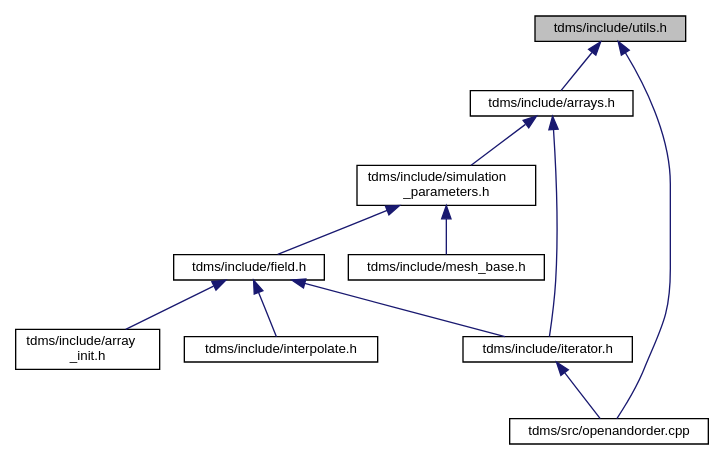
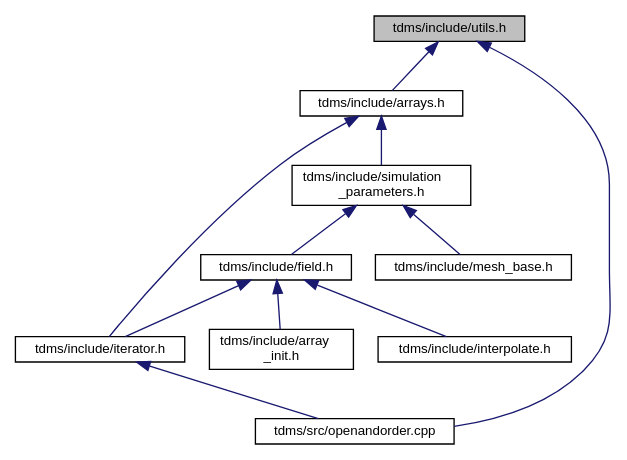
The diagram in utils_8h__dep__incl.dot (UCL/TDMS), drawn with Graphviz before and after one commit. The commit also changed 324 other files, not shown here.

```diff
--- a/utils_8h__dep__incl.dot
+++ b/utils_8h__dep__incl.dot
@@ -1,25 +1,25 @@
 digraph "tdms/include/utils.h"
 {
  // LATEX_PDF_SIZE
   edge [fontname="Helvetica",fontsize="10",labelfontname="Helvetica",labelfontsize="10"];
   node [fontname="Helvetica",fontsize="10",shape=record];
   Node1 [label="tdms/include/utils.h",height=0.2,width=0.4,color="black", fillcolor="grey75", style="filled", fontcolor="black",tooltip="Useful miscellaneous utility functions."];
   Node1 -> Node2 [dir="back",color="midnightblue",fontsize="10",style="solid",fontname="Helvetica"];
   Node2 [label="tdms/include/arrays.h",height=0.2,width=0.4,color="black", fillcolor="white", style="filled",URL="$arrays_8h.html",tooltip="Classes describing arrays, vertices etc."];
   Node2 -> Node3 [dir="back",color="midnightblue",fontsize="10",style="solid",fontname="Helvetica"];
-  Node3 [label="tdms/include/simulation\l_parameters.h",height=0.2,width=0.4,color="black", fillcolor="white", style="filled",URL="$simulation__parameters_8h.html",tooltip="Classes collecting parameters for the simulation."];
+  Node3 [label="tdms/include/iterator.h",height=0.2,width=0.4,color="black", fillcolor="white", style="filled",URL="$iterator_8h.html",tooltip="The main time propogation algorithm."];
   Node3 -> Node4 [dir="back",color="midnightblue",fontsize="10",style="solid",fontname="Helvetica"];
-  Node4 [label="tdms/include/field.h",height=0.2,width=0.4,color="black", fillcolor="white", style="filled",URL="$field_8h.html",tooltip="Classes for the electric and magnetic (split) fields on a grid."];
-  Node4 -> Node5 [dir="back",color="midnightblue",fontsize="10",style="solid",fontname="Helvetica"];
-  Node5 [label="tdms/include/array\l_init.h",height=0.2,width=0.4,color="black", fillcolor="white", style="filled",URL="$array__init_8h.html",tooltip="A collection of functions for array initialisation given MATLAB pointers."];
-  Node4 -> Node6 [dir="back",color="midnightblue",fontsize="10",style="solid",fontname="Helvetica"];
-  Node6 [label="tdms/include/interpolate.h",height=0.2,width=0.4,color="black", fillcolor="white", style="filled",URL="$interpolate_8h.html",tooltip="Interpolation of field values within FDTD grid."];
-  Node4 -> Node7 [dir="back",color="midnightblue",fontsize="10",style="solid",fontname="Helvetica"];
-  Node7 [label="tdms/include/iterator.h",height=0.2,width=0.4,color="black", fillcolor="white", style="filled",URL="$iterator_8h.html",tooltip="The main time propogation algorithm."];
-  Node7 -> Node8 [dir="back",color="midnightblue",fontsize="10",style="solid",fontname="Helvetica"];
-  Node8 [label="tdms/src/openandorder.cpp",height=0.2,width=0.4,color="black", fillcolor="white", style="filled",URL="$openandorder_8cpp.html",tooltip="Launch and file IO."];
-  Node3 -> Node9 [dir="back",color="midnightblue",fontsize="10",style="solid",fontname="Helvetica"];
+  Node4 [label="tdms/src/openandorder.cpp",height=0.2,width=0.4,color="black", fillcolor="white", style="filled",URL="$openandorder_8cpp.html",tooltip="Launch and file IO."];
+  Node2 -> Node5 [dir="back",color="midnightblue",fontsize="10",style="solid",fontname="Helvetica"];
+  Node5 [label="tdms/include/simulation\l_parameters.h",height=0.2,width=0.4,color="black", fillcolor="white", style="filled",URL="$simulation__parameters_8h.html",tooltip="Classes collecting parameters for the simulation."];
+  Node5 -> Node6 [dir="back",color="midnightblue",fontsize="10",style="solid",fontname="Helvetica"];
+  Node6 [label="tdms/include/field.h",height=0.2,width=0.4,color="black", fillcolor="white", style="filled",URL="$field_8h.html",tooltip="Classes for the electric and magnetic (split) fields on a grid."];
+  Node6 -> Node7 [dir="back",color="midnightblue",fontsize="10",style="solid",fontname="Helvetica"];
+  Node7 [label="tdms/include/array\l_init.h",height=0.2,width=0.4,color="black", fillcolor="white", style="filled",URL="$array__init_8h.html",tooltip="A collection of functions for array initialisation given MATLAB pointers."];
+  Node6 -> Node8 [dir="back",color="midnightblue",fontsize="10",style="solid",fontname="Helvetica"];
+  Node8 [label="tdms/include/interpolate.h",height=0.2,width=0.4,color="black", fillcolor="white", style="filled",URL="$interpolate_8h.html",tooltip="Interpolation of field values within FDTD grid."];
+  Node6 -> Node3 [dir="back",color="midnightblue",fontsize="10",style="solid",fontname="Helvetica"];
+  Node5 -> Node9 [dir="back",color="midnightblue",fontsize="10",style="solid",fontname="Helvetica"];
   Node9 [label="tdms/include/mesh_base.h",height=0.2,width=0.4,color="black", fillcolor="white", style="filled",URL="$mesh__base_8h.html",tooltip="Generation of orientated mesh."];
-  Node2 -> Node7 [dir="back",color="midnightblue",fontsize="10",style="solid",fontname="Helvetica"];
-  Node1 -> Node8 [dir="back",color="midnightblue",fontsize="10",style="solid",fontname="Helvetica"];
+  Node1 -> Node4 [dir="back",color="midnightblue",fontsize="10",style="solid",fontname="Helvetica"];
 }
```
